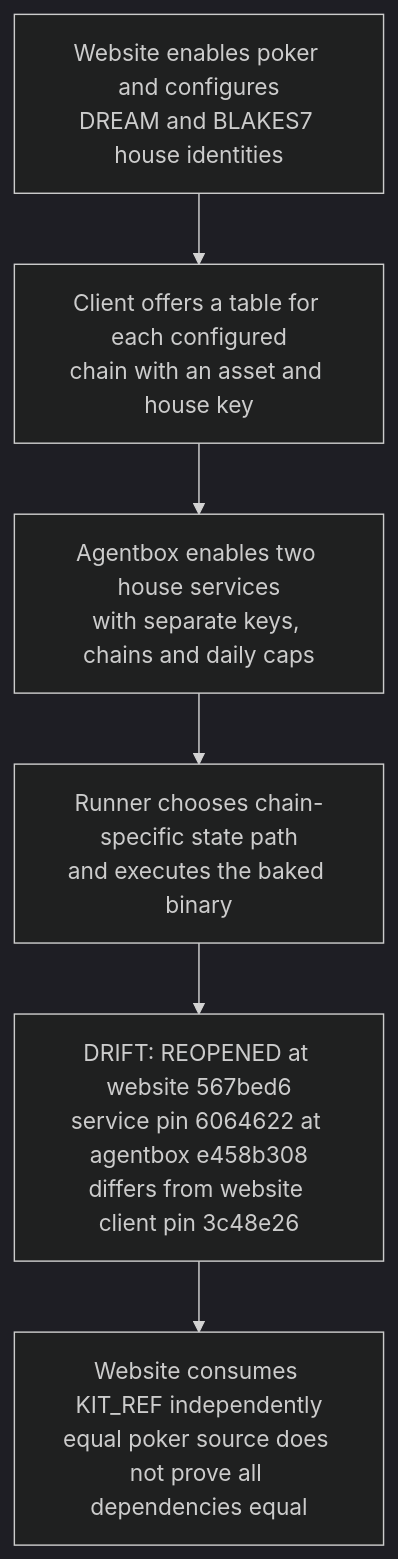
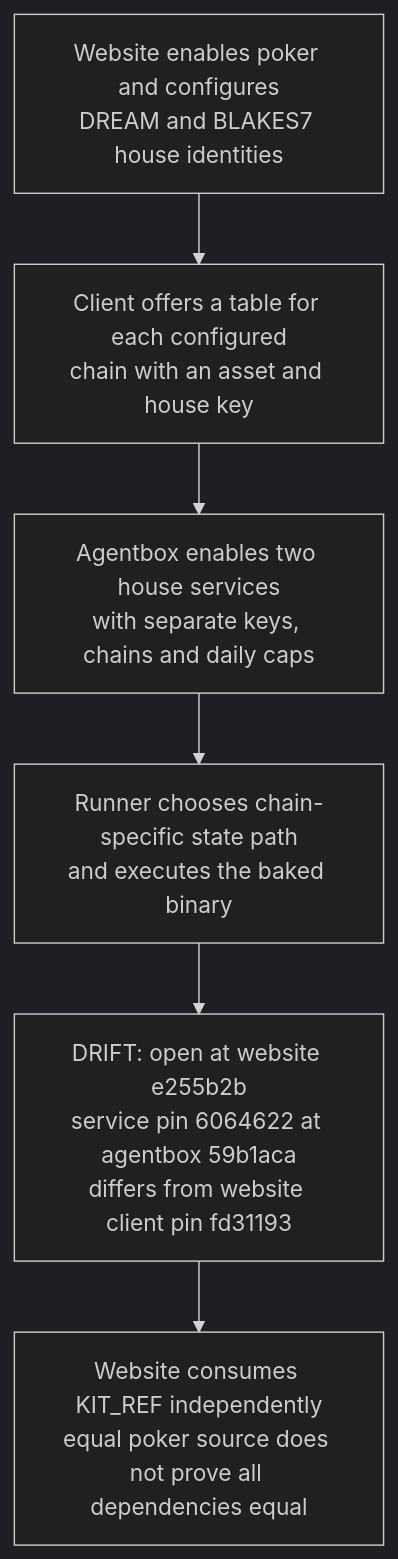
The first of 6 diagrams in docs/diagrams/dreamlab-ai-website/10-poker-tables-credit-and-recovery.md (DreamLab-AI/VisionFlow), drawn with Mermaid (dark theme) before and after one commit. The commit also changed other lines of this file and 8 other files, not shown here.

First line of the commit message:
diagrams(dreamlab-ai-website): re-verify DW-01..08 and DW-10 at e255b2b

````diff
--- a/docs/diagrams/dreamlab-ai-website/10-poker-tables-credit-and-recovery.md
+++ b/docs/diagrams/dreamlab-ai-website/10-poker-tables-credit-and-recovery.md
@@ -42,20 +42,20 @@
 ```mermaid
 flowchart TB
     %% Source: ../dreamlab-ai-website/forum-config/dreamlab.toml:320
     A["Website enables poker and configures<br/>DREAM and BLAKES7 house identities"]
     %% Source: ../nostr-rust-forum/crates/nostr-bbs-forum-client/src/poker/mod.rs:265
     B["Client offers a table for each configured<br/>chain with an asset and house key"]
-    %% Source: ../project/agentbox/agentbox.toml:2057-2078
+    %% Source: ../project/agentbox/agentbox.toml:2091-2112
     C["Agentbox enables two house services<br/>with separate keys, chains and daily caps"]
     %% Source: ../project/agentbox/config/poker/run-citizen.sh:23
     D["Runner chooses chain-specific state path<br/>and executes the baked binary"]
     %% Source: ../project/agentbox/lib/poker-citizen.nix:31
-    E["DRIFT: REOPENED at website 567bed6<br/>service pin 6064622 at agentbox e458b308<br/>differs from website client pin 3c48e26"]
-    %% Source: ../dreamlab-ai-website/.github/workflows/deploy.yml:130
+    E["DRIFT: open at website e255b2b<br/>service pin 6064622 at agentbox 59b1aca<br/>differs from website client pin fd31193"]
+    %% Source: ../dreamlab-ai-website/.github/workflows/deploy.yml:131
     F["Website consumes KIT_REF independently<br/>equal poker source does not prove all dependencies equal"]
     A --> B
     B --> C
     C --> D
     D --> E
     E --> F
 ```
````
